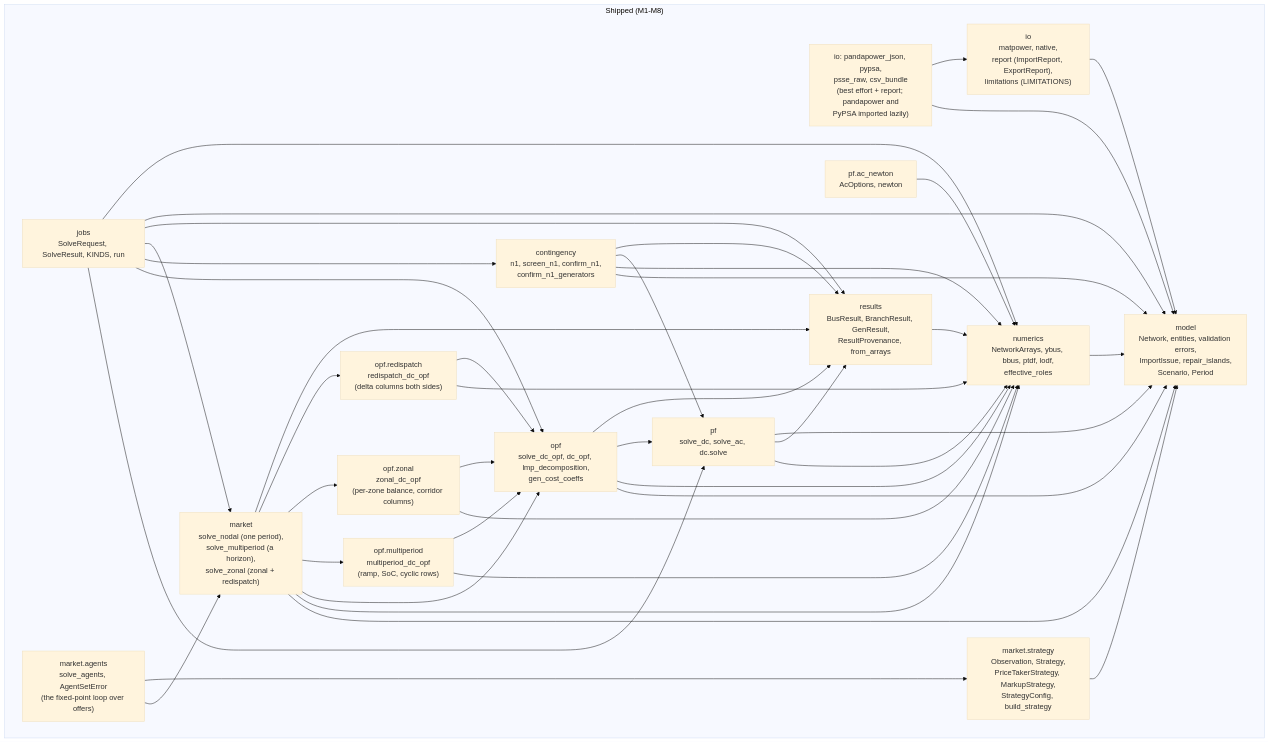
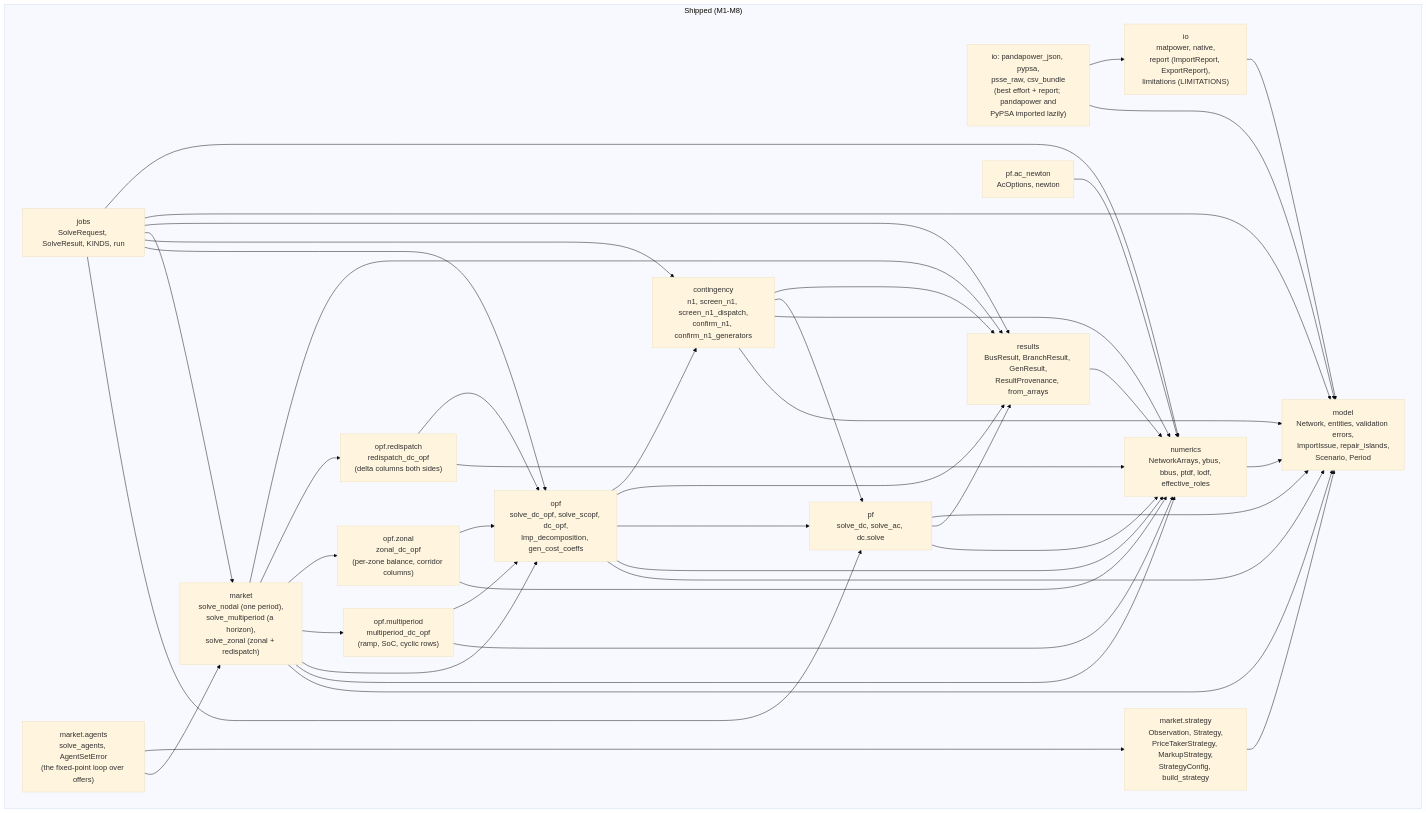
The first of 2 diagrams in docs/design/architecture.md (mambo10005/mambo-power), drawn with Mermaid (base theme) before and after one commit. The commit also changed other lines of this file and 21 other files, not shown here.

````diff
--- a/docs/design/architecture.md
+++ b/docs/design/architecture.md
@@ -13,62 +13,63 @@
 ```mermaid
 flowchart TB
     subgraph present["Shipped (M1-M8)"]
         model["model<br/>Network, entities, validation errors,<br/>ImportIssue, repair_islands,<br/>Scenario, Period"]
         io["io<br/>matpower, native,<br/>report (ImportReport, ExportReport),<br/>limitations (LIMITATIONS)"]
         formats["io: pandapower_json, pypsa,<br/>psse_raw, csv_bundle<br/>(best effort + report; pandapower and<br/>PyPSA imported lazily)"]
         numerics["numerics<br/>NetworkArrays, ybus, bbus, ptdf, lodf,<br/>effective_roles"]
         pf["pf<br/>solve_dc, solve_ac, dc.solve"]
         ac["pf.ac_newton<br/>AcOptions, newton"]
-        opf["opf<br/>solve_dc_opf, dc_opf, lmp_decomposition,<br/>gen_cost_coeffs"]
+        opf["opf<br/>solve_dc_opf, solve_scopf, dc_opf,<br/>lmp_decomposition, gen_cost_coeffs"]
         opfmp["opf.multiperiod<br/>multiperiod_dc_opf<br/>(ramp, SoC, cyclic rows)"]
         opfz["opf.zonal<br/>zonal_dc_opf<br/>(per-zone balance, corridor columns)"]
         opfrd["opf.redispatch<br/>redispatch_dc_opf<br/>(delta columns both sides)"]
-        contingency["contingency<br/>n1, screen_n1, confirm_n1,<br/>confirm_n1_generators"]
+        contingency["contingency<br/>n1, screen_n1, screen_n1_dispatch,<br/>confirm_n1, confirm_n1_generators"]
         market["market<br/>solve_nodal (one period),<br/>solve_multiperiod (a horizon),<br/>solve_zonal (zonal + redispatch)"]
         marketstrategy["market.strategy<br/>Observation, Strategy,<br/>PriceTakerStrategy, MarkupStrategy,<br/>StrategyConfig, build_strategy"]
         marketagents["market.agents<br/>solve_agents, AgentSetError<br/>(the fixed-point loop over offers)"]
         results["results<br/>BusResult, BranchResult, GenResult,<br/>ResultProvenance, from_arrays"]
         jobs["jobs<br/>SolveRequest, SolveResult, KINDS, run"]
     end
 
     io --> model
     formats --> model
     formats --> io
     numerics --> model
     pf --> numerics
     pf --> results
     pf --> model
     results --> numerics
     ac --> numerics
     opf --> model
     opf --> numerics
     opf --> pf
     opf --> results
+    opf --> contingency
     contingency --> model
     contingency --> numerics
     contingency --> pf
     contingency --> results
     market --> model
     market --> numerics
     market --> opf
     market --> opfmp
     market --> opfz
     market --> opfrd
     market --> results
     marketstrategy --> model
     opfmp --> numerics
     opfmp --> opf
     opfz --> numerics
     opfz --> opf
     opfrd --> numerics
     opfrd --> opf
     jobs --> pf
     jobs --> opf
     jobs --> contingency
     jobs --> market
     jobs --> results
     jobs --> model
     jobs --> numerics
     marketagents --> market
     marketagents --> marketstrategy
 ```
````
